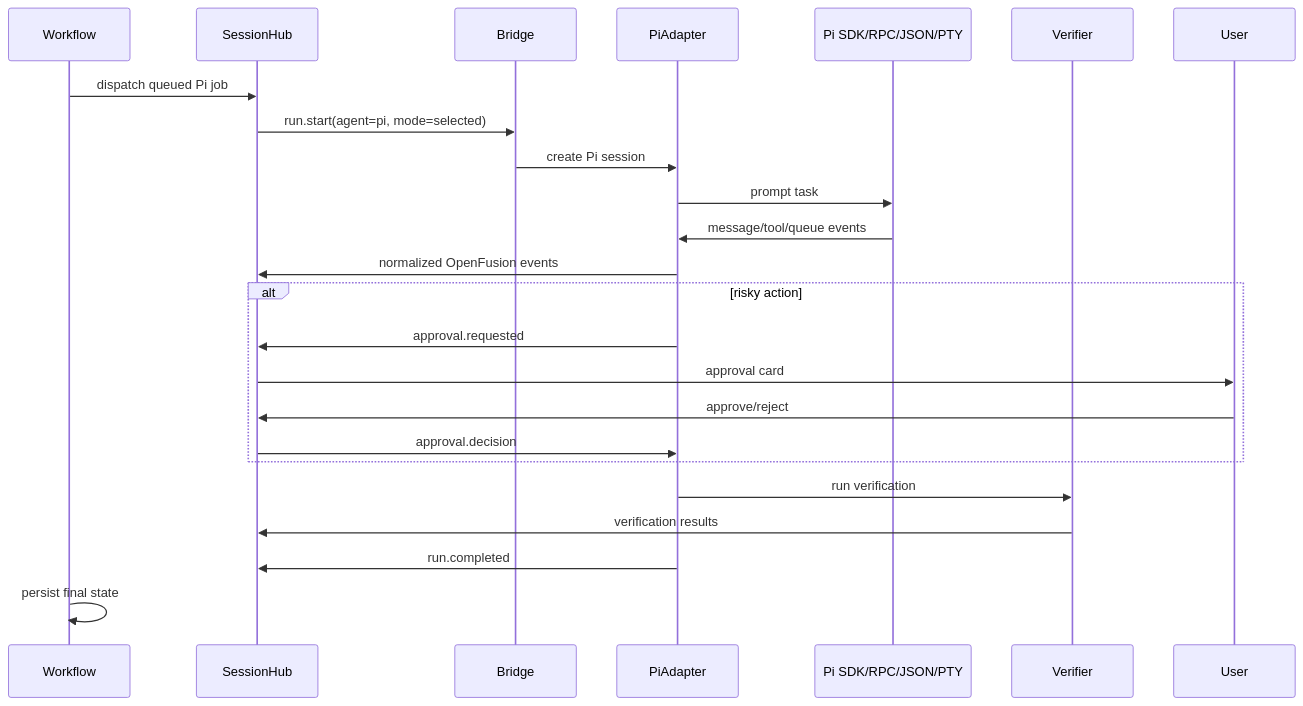
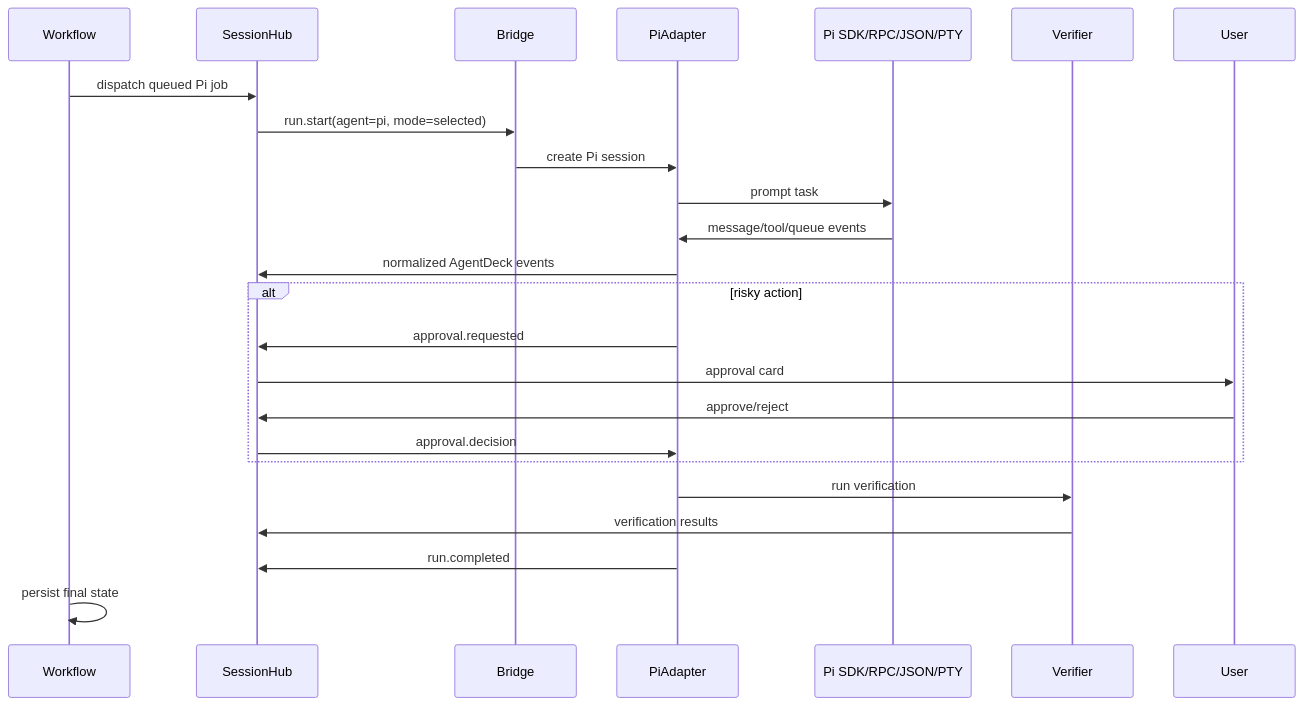
The tenth of 13 diagrams in Docs/IMPLEMENTATION_GUIDE_WITH_PI.md (itsVijayCoder/agentDeck), drawn with Mermaid before and after one commit. The commit also changed other lines of this file and 86 other files, not shown here.

First line of the commit message:
refactor: rename project from openfusion to AgentDeck

````diff
--- a/Docs/IMPLEMENTATION_GUIDE_WITH_PI.md
+++ b/Docs/IMPLEMENTATION_GUIDE_WITH_PI.md
@@ -2145,27 +2145,27 @@
 ```mermaid
 sequenceDiagram
   participant WF as Workflow
   participant DO as SessionHub
   participant B as Bridge
   participant P as PiAdapter
   participant PI as Pi SDK/RPC/JSON/PTY
   participant V as Verifier
   participant U as User
 
   WF->>DO: dispatch queued Pi job
   DO->>B: run.start(agent=pi, mode=selected)
   B->>P: create Pi session
   P->>PI: prompt task
   PI->>P: message/tool/queue events
-  P->>DO: normalized OpenFusion events
+  P->>DO: normalized AgentDeck events
   alt risky action
     P->>DO: approval.requested
     DO->>U: approval card
     U->>DO: approve/reject
     DO->>P: approval.decision
   end
   P->>V: run verification
   V->>DO: verification results
   P->>DO: run.completed
   WF->>WF: persist final state
 ```
````
